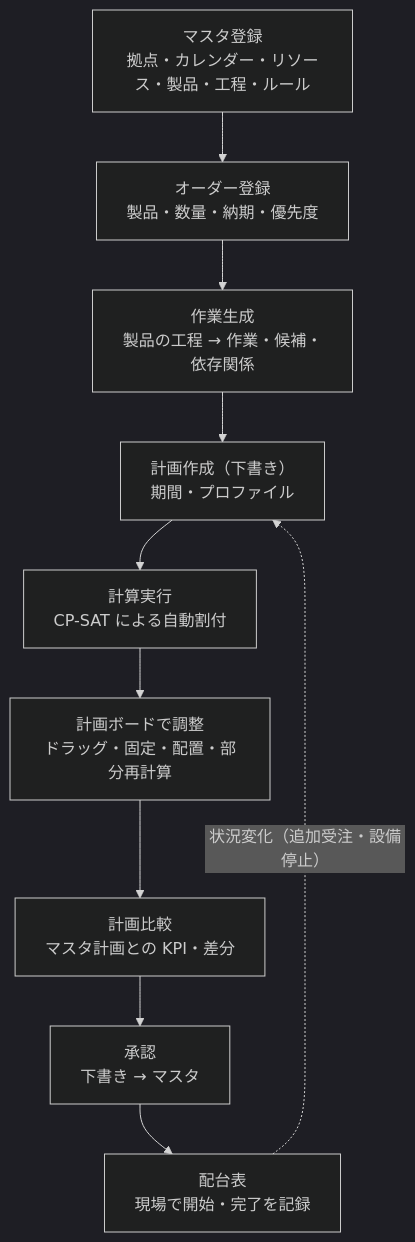
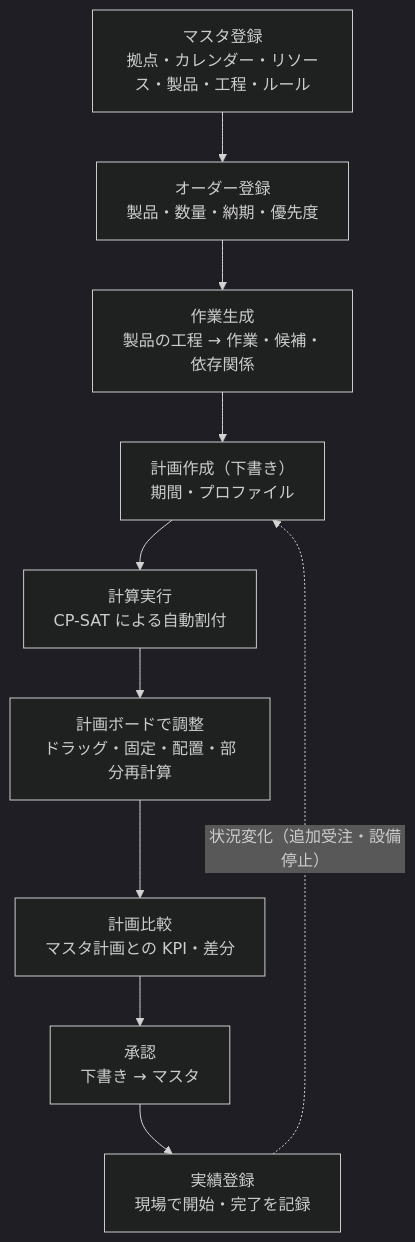
Before and after one commit to tds-dev/TONOPS-SCH-backend: the second of 4 diagrams in docs/SYSTEM_OVERVIEW.md, drawn with Mermaid (dark theme). The commit also changed other lines of this file and 7 other files, not shown here.

Commit message:
配台表→実績登録

````diff
--- a/docs/SYSTEM_OVERVIEW.md
+++ b/docs/SYSTEM_OVERVIEW.md
@@ -134,12 +134,12 @@
 ```mermaid
 flowchart TD
   A["マスタ登録<br/>拠点・カレンダー・リソース・製品・工程・ルール"] --> B["オーダー登録<br/>製品・数量・納期・優先度"]
   B --> C["作業生成<br/>製品の工程 → 作業・候補・依存関係"]
   C --> D["計画作成（下書き）<br/>期間・プロファイル"]
   D --> E["計算実行<br/>CP-SAT による自動割付"]
   E --> F["計画ボードで調整<br/>ドラッグ・固定・配置・部分再計算"]
   F --> G["計画比較<br/>マスタ計画との KPI・差分"]
   G --> H["承認<br/>下書き → マスタ"]
-  H --> I["配台表<br/>現場で開始・完了を記録"]
+  H --> I["実績登録<br/>現場で開始・完了を記録"]
   I -.->|"状況変化（追加受注・設備停止）"| D
 ```
````
